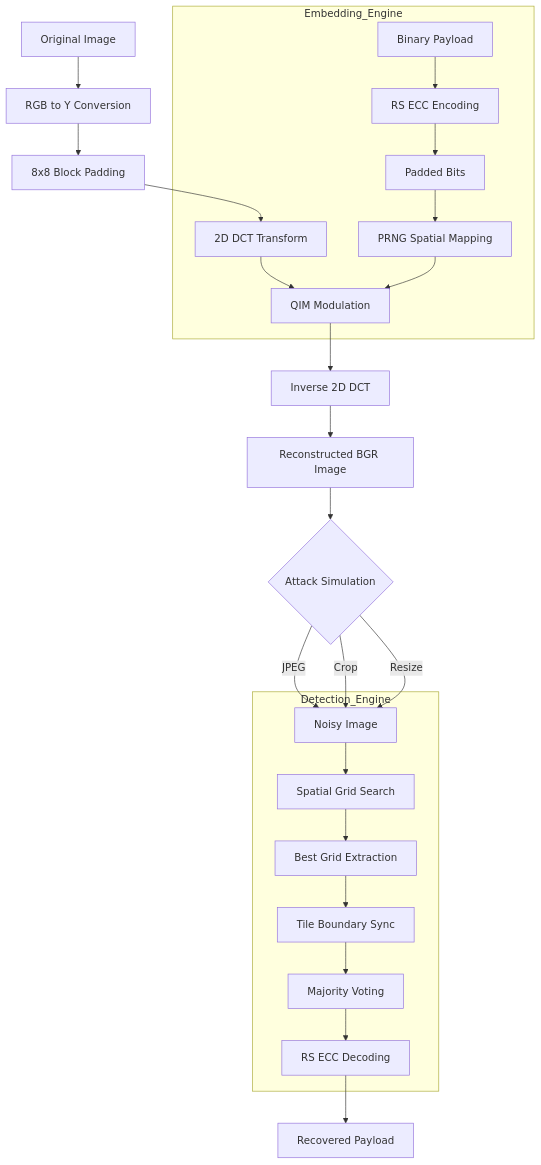
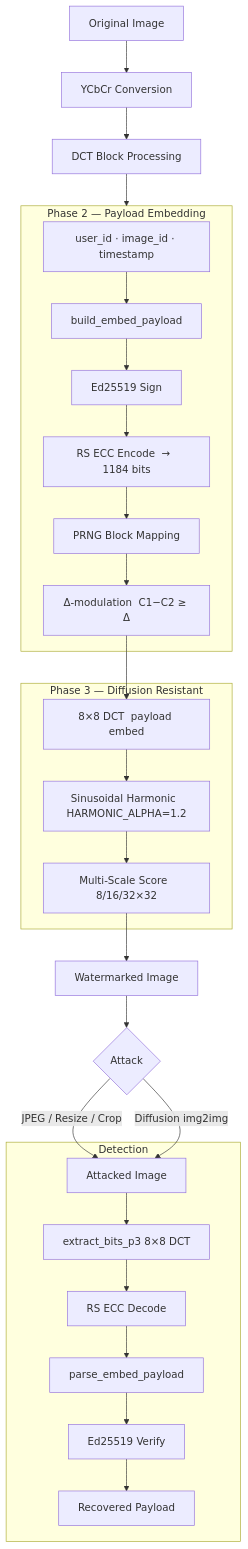
One commit to NeelakshSaxena/Mist changed the first of 2 diagrams in README.md. Above: the diagram before and after it, drawn with Mermaid. The commit also changed other lines of this file and 4 other files, not shown here.

````diff
--- a/README.md
+++ b/README.md
@@ -21,32 +19,34 @@
 ```mermaid
 graph TD
-    A[Original Image] --> B[RGB to Y Conversion]
-    B --> C[8x8 Block Padding]
-    C --> D[2D DCT Transform]
-    
-    subgraph Embedding_Engine
-        D --> E[QIM Modulation]
-        F[Binary Payload] --> G[RS ECC Encoding]
-        G --> H[Padded Bits]
-        H --> I[PRNG Spatial Mapping]
-        I --> E
+    A[Original Image] --> B[YCbCr Conversion]
+    B --> C[DCT Block Processing]
+
+    subgraph Phase2["Phase 2 — Payload Embedding"]
+        D[user_id · image_id · timestamp] --> E[build_embed_payload]
+        E --> F[Ed25519 Sign]
+        F --> G[RS ECC Encode  →  1184 bits]
+        G --> H[PRNG Block Mapping]
+        H --> I["Δ-modulation  C1−C2 ≥ Δ"]
     end
-    
-    E --> J[Inverse 2D DCT]
-    J --> K[Reconstructed BGR Image]
-    
-    K --> L{Attack Simulation}
-    L --> |JPEG| M[Noisy Image]
-    L --> |Crop| M
-    L --> |Resize| M
-    
-    subgraph Detection_Engine
-        M --> N[Spatial Grid Search]
-        N --> O[Best Grid Extraction]
-        O --> P[Tile Boundary Sync]
-        P --> Q[Majority Voting]
-        Q --> R[RS ECC Decoding]
+
+    subgraph Phase3["Phase 3 — Diffusion Resistant"]
+        I --> J[8×8 DCT  payload embed]
+        J --> K[Sinusoidal Harmonic  HARMONIC_ALPHA=1.2]
+        K --> L[Multi-Scale Score  8/16/32×32]
     end
-    
-    R --> S[Recovered Payload]
+
+    C --> Phase2
+    L --> M[Watermarked Image]
+
+    M --> N{Attack}
+    N -->|JPEG / Resize / Crop| O[Attacked Image]
+    N -->|Diffusion img2img| O
+
+    subgraph Detection["Detection"]
+        O --> P[extract_bits_p3  8×8 DCT]
+        P --> Q[RS ECC Decode]
+        Q --> R[parse_embed_payload]
+        R --> S[Ed25519 Verify]
+        S --> T[Recovered Payload]
+    end
 ```
````
